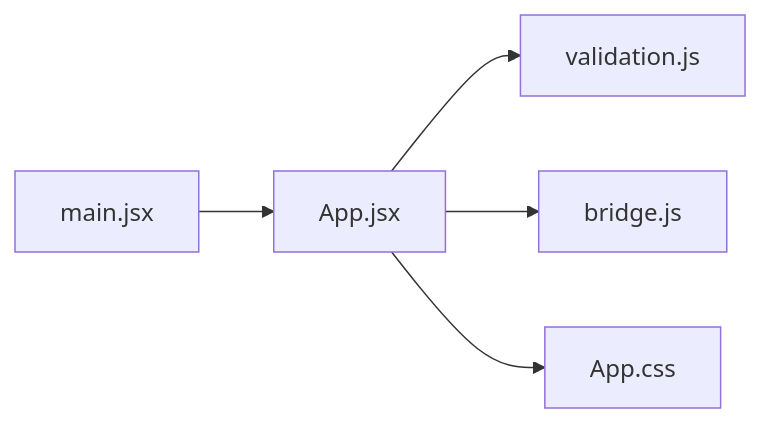
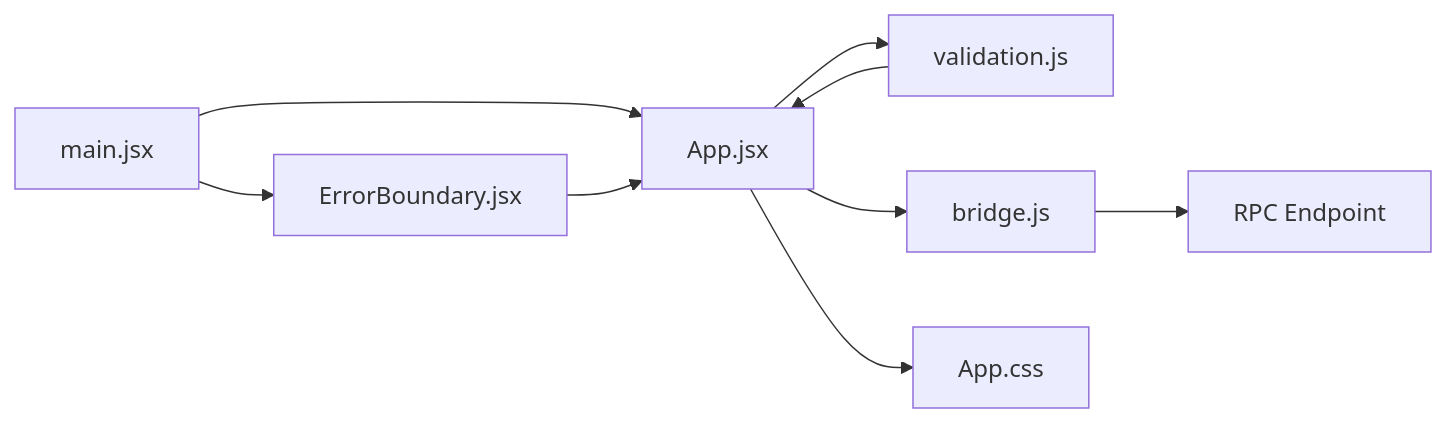
The ninth of 9 diagrams in .qoder/repowiki/en/content/Technical Architecture/Application Components.md (KaranMakani/deposit-fixer), drawn with Mermaid before and after one commit. The commit also changed other lines of this file and 10 other files, not shown here.

````diff
--- a/.qoder/repowiki/en/content/Technical Architecture/Application Components.md
+++ b/.qoder/repowiki/en/content/Technical Architecture/Application Components.md
@@ -365,7 +434,11 @@
 ```mermaid
 graph LR
 Main["main.jsx"] --> App["App.jsx"]
+Main --> ErrorBoundary["ErrorBoundary.jsx"]
 App --> Validation["validation.js"]
 App --> Bridge["bridge.js"]
 App --> Styles["App.css"]
+ErrorBoundary --> App
+Bridge --> RPC["RPC Endpoint"]
+Validation --> App
 ```
````
